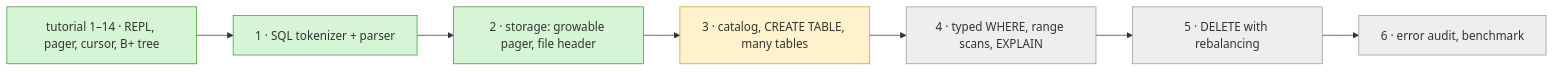
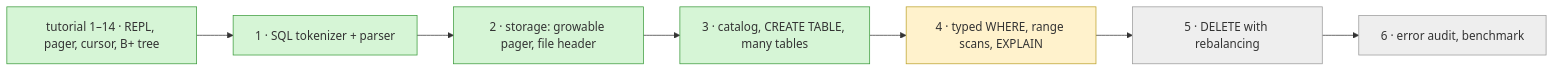
Before and after one commit to Rohitangshu2026/mini-sql: diagram 21 of 21 in README.md, drawn with Mermaid. The commit also changed other lines of this file, not shown here.

````diff
--- a/README.md
+++ b/README.md
@@ -1191,17 +1377,17 @@
 ```mermaid
 flowchart LR
     A["tutorial 1–14 · REPL, pager, cursor, B+ tree"] --> S1["1 · SQL tokenizer + parser"]
     S1 --> S2["2 · storage: growable pager, file header"]
     S2 --> S3["3 · catalog, CREATE TABLE, many tables"]
     S3 --> S4["4 · typed WHERE, range scans, EXPLAIN"]
     S4 --> S5["5 · DELETE with rebalancing"]
     S5 --> S6["6 · error audit, benchmark"]
 
     classDef done fill:#d6f5d6,stroke:#3a9a3a;
     classDef now fill:#fff2cc,stroke:#bba12a;
     classDef todo fill:#eeeeee,stroke:#999999;
 
-    class A,S1,S2 done;
-    class S3 now;
-    class S4,S5,S6 todo;
+    class A,S1,S2,S3 done;
+    class S4 now;
+    class S5,S6 todo;
 ```
````
